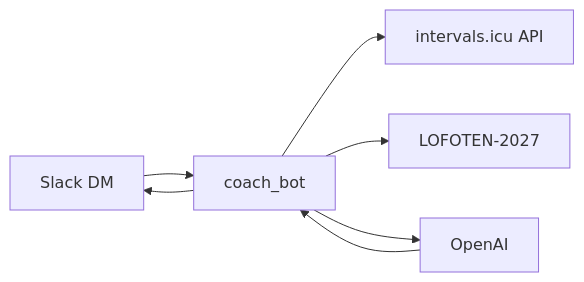
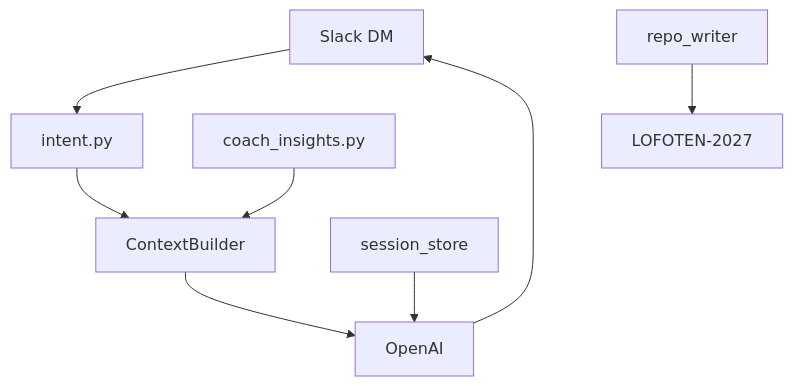
The diagram in docs/ARCHITECTURE.md (Wilste123/XTRI), drawn with Mermaid before and after one commit. The commit also changed other lines of this file and 23 other files, not shown here.

First line of the commit message:
Advanced coach: COACH_BRIEF, intent, memory, logg, Fly deploy

````diff
--- a/docs/ARCHITECTURE.md
+++ b/docs/ARCHITECTURE.md
@@ -15,14 +14,16 @@
 ```mermaid
-flowchart LR
-  SlackDM[Slack DM]
-  Bot[coach_bot]
-  Intervals[intervals.icu API]
-  Repo[LOFOTEN-2027]
+flowchart TB
+  DM[Slack DM]
+  Intent[intent.py]
+  Insights[coach_insights.py]
+  Ctx[ContextBuilder]
   LLM[OpenAI]
-  SlackDM --> Bot
-  Bot --> Intervals
-  Bot --> Repo
-  Bot --> LLM
-  LLM --> Bot
-  Bot --> SlackDM
+  Mem[session_store]
+  DM --> Intent
+  Intent --> Ctx
+  Insights --> Ctx
+  Mem --> LLM
+  Ctx --> LLM
+  LLM --> DM
+  Log[repo_writer] --> Repo[LOFOTEN-2027]
 ```
````
